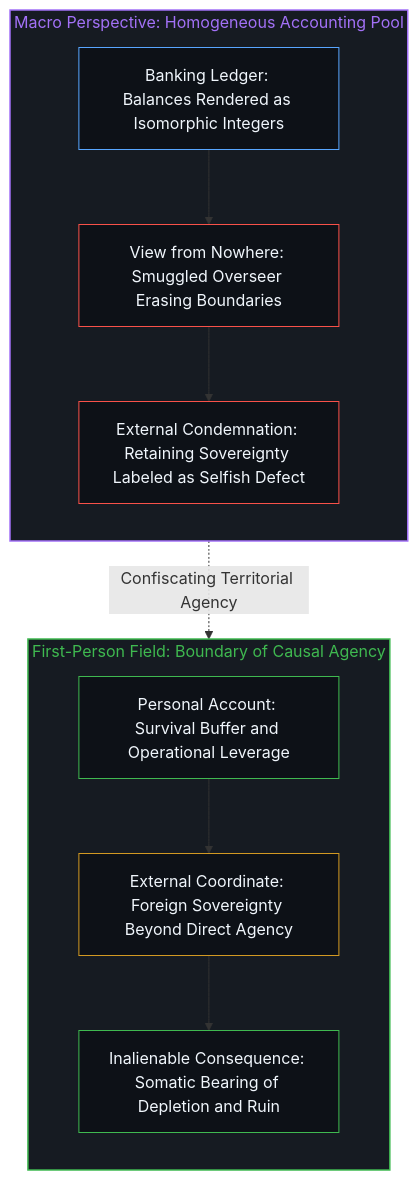
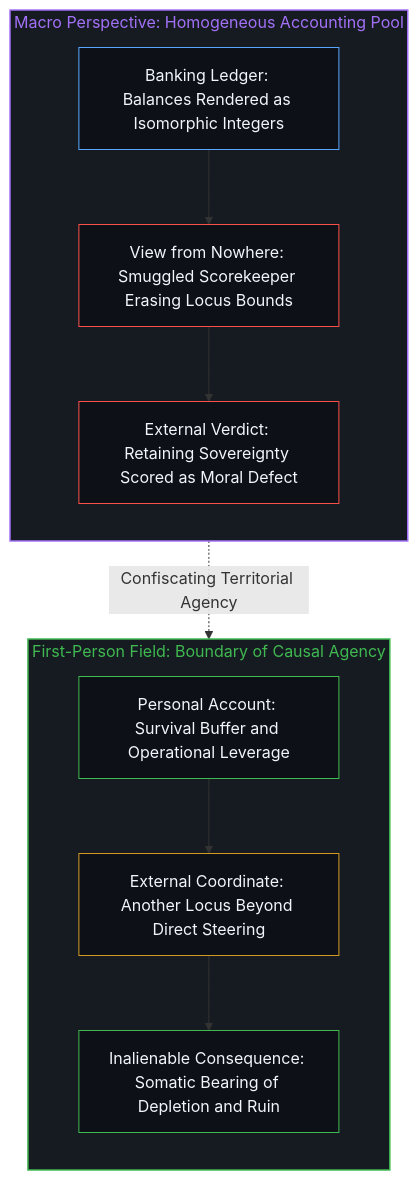
The fourth of 8 diagrams in content/posts/abstract-pain-and-living-hunger.md (powerpig99/not-a-toe), drawn with Mermaid before and after one commit. The commit also changed other lines of this file and 7 other files, not shown here.

````diff
--- a/content/posts/abstract-pain-and-living-hunger.md
+++ b/content/posts/abstract-pain-and-living-hunger.md
@@ -110,26 +110,26 @@
 ```mermaid
 flowchart TD
     subgraph S_Macro["Macro Perspective: Homogeneous Accounting Pool"]
         direction TB
         B1["Banking Ledger: Balances Rendered as Isomorphic Integers"]
-        B2["View from Nowhere: Smuggled Overseer Erasing Boundaries"]
-        B3["External Condemnation: Retaining Sovereignty Labeled as Selfish Defect"]
+        B2["View from Nowhere: Smuggled Scorekeeper Erasing Locus Bounds"]
+        B3["External Verdict: Retaining Sovereignty Scored as Moral Defect"]
     end
     subgraph S_Agent["First-Person Field: Boundary of Causal Agency"]
         direction TB
         A1["Personal Account: Survival Buffer and Operational Leverage"]
-        A2["External Coordinate: Foreign Sovereignty Beyond Direct Agency"]
+        A2["External Coordinate: Another Locus Beyond Direct Steering"]
         A3["Inalienable Consequence: Somatic Bearing of Depletion and Ruin"]
     end
     B1 --> B2 --> B3
     A1 --> A2 --> A3
     B2 -. "Confiscating Territorial Agency" .-> A1
     style S_Macro fill:#161b22,stroke:#a371f7,stroke-width:1.5px,color:#a371f7
     style S_Agent fill:#161b22,stroke:#3fb950,stroke-width:1.5px,color:#3fb950
     style B1 fill:#0d1117,stroke:#58a6ff,stroke-width:1px,color:#f0f6fc
     style B2 fill:#0d1117,stroke:#f85149,stroke-width:1px,color:#f0f6fc
     style B3 fill:#0d1117,stroke:#f85149,stroke-width:1px,color:#f0f6fc
     style A1 fill:#0d1117,stroke:#3fb950,stroke-width:1px,color:#f0f6fc
     style A2 fill:#0d1117,stroke:#d29922,stroke-width:1px,color:#f0f6fc
     style A3 fill:#0d1117,stroke:#3fb950,stroke-width:1px,color:#f0f6fc
 ```
````
